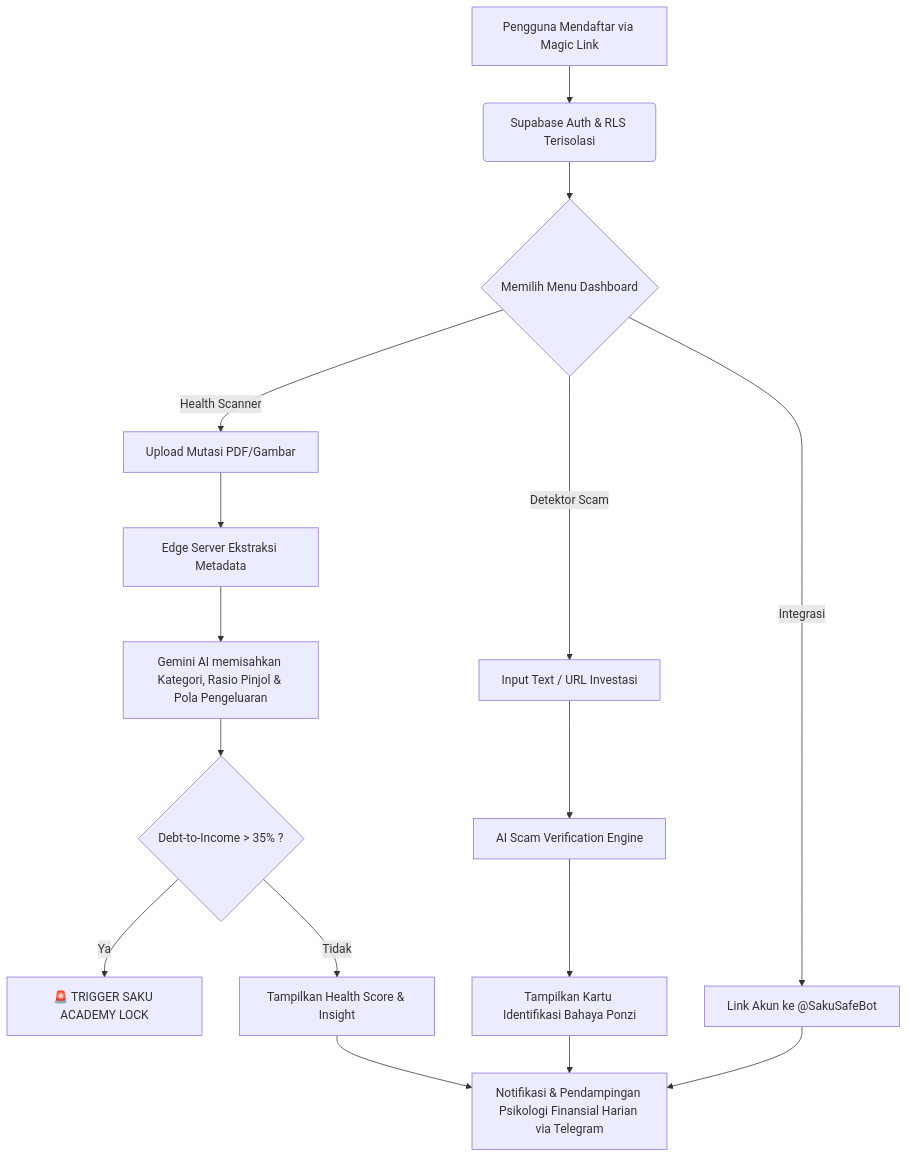
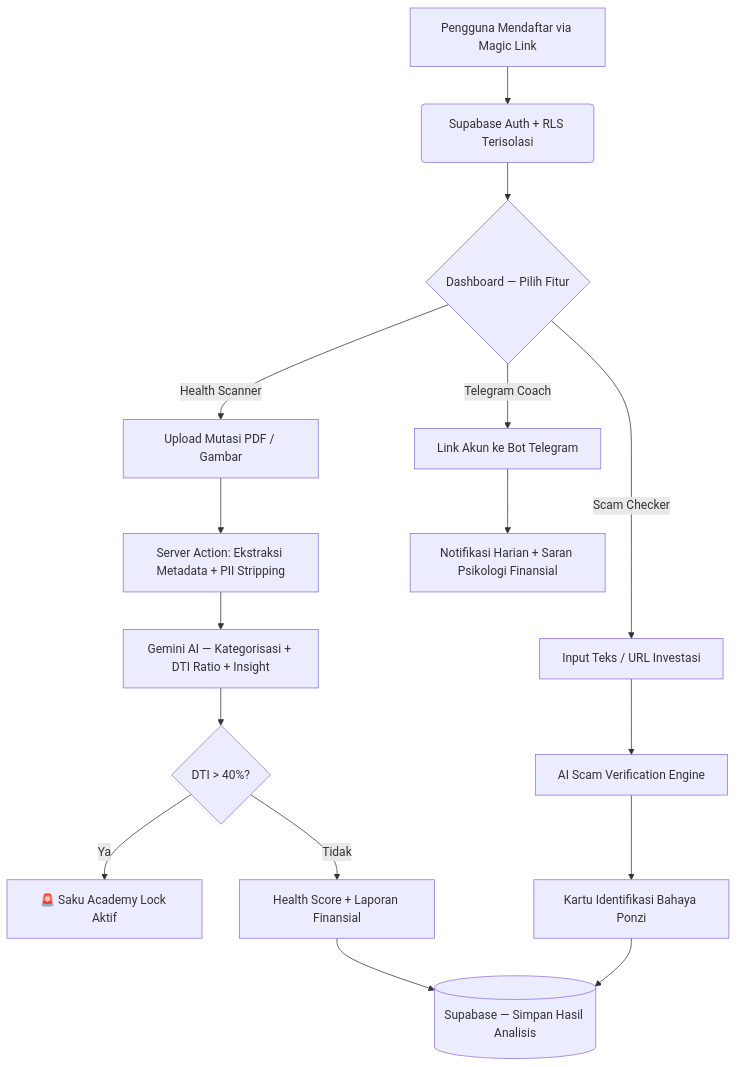
Before and after one commit to kazanaruishere-max/SafeWallet: the diagram in README.md, drawn with Mermaid. The commit also changed other lines of this file and 27 other files, not shown here.

````diff
--- a/README.md
+++ b/README.md
@@ -53,24 +75,22 @@
 ```mermaid
 graph TD
-    A[Pengguna Mendaftar via Magic Link] --> B(Supabase Auth & RLS Terisolasi)
-    B --> C{Memilih Menu Dashboard}
-    
-    %% Alur Scanner
-    C -->|Health Scanner| D[Upload Mutasi PDF/Gambar]
-    D --> E[Edge Server Ekstraksi Metadata]
-    E --> F[Gemini AI memisahkan Kategori, Rasio Pinjol & Pola Pengeluaran]
-    F --> G{Debt-to-Income > 35% ?}
-    G -- Ya --> H[🚨 TRIGGER SAKU ACADEMY LOCK]
-    G -- Tidak --> I[Tampilkan Health Score & Insight]
-    
-    %% Alur Scam Checker
-    C -->|Detektor Scam| J[Input Text / URL Investasi]
+    A[Pengguna Mendaftar via Magic Link] --> B(Supabase Auth + RLS Terisolasi)
+    B --> C{Dashboard — Pilih Fitur}
+
+    C -->|Health Scanner| D[Upload Mutasi PDF / Gambar]
+    D --> E[Server Action: Ekstraksi Metadata + PII Stripping]
+    E --> F[Gemini AI — Kategorisasi + DTI Ratio + Insight]
+    F --> G{DTI > 40%?}
+    G -- Ya --> H[🚨 Saku Academy Lock Aktif]
+    G -- Tidak --> I[Health Score + Laporan Finansial]
+
+    C -->|Scam Checker| J[Input Teks / URL Investasi]
     J --> K[AI Scam Verification Engine]
-    K --> L[Tampilkan Kartu Identifikasi Bahaya Ponzi]
-    
-    %% Telegram Bot (Daily Coaching)
-    C -->|Integrasi| M[Link Akun ke @SakuSafeBot]
-    M --> N[Notifikasi & Pendampingan Psikologi Finansial Harian via Telegram]
-    I --> N
-    L --> N
+    K --> L[Kartu Identifikasi Bahaya Ponzi]
+
+    C -->|Telegram Coach| M[Link Akun ke Bot Telegram]
+    M --> N[Notifikasi Harian + Saran Psikologi Finansial]
+
+    I --> O[(Supabase — Simpan Hasil Analisis)]
+    L --> O
 ```
````
